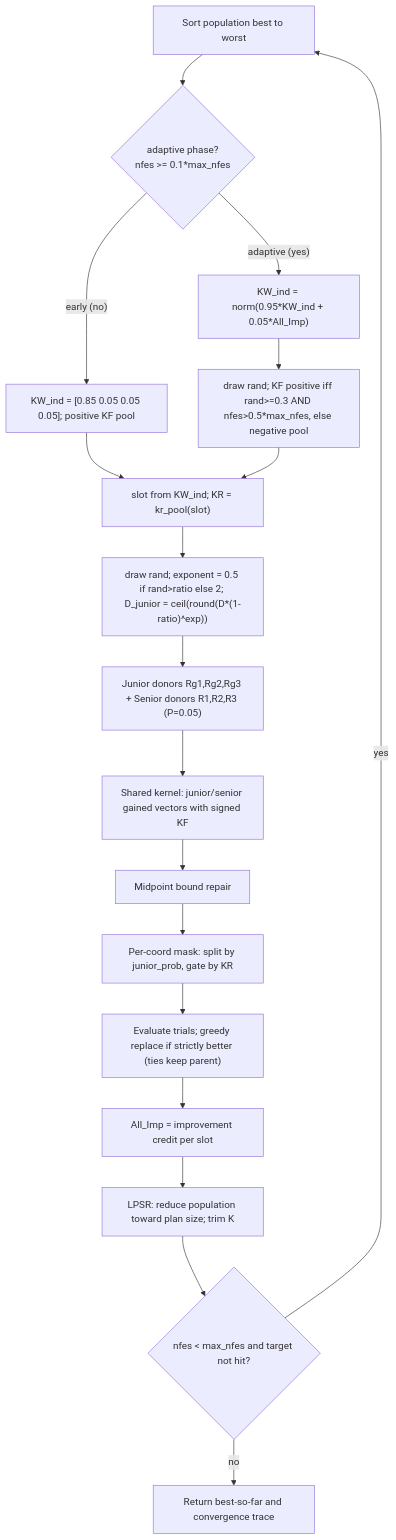
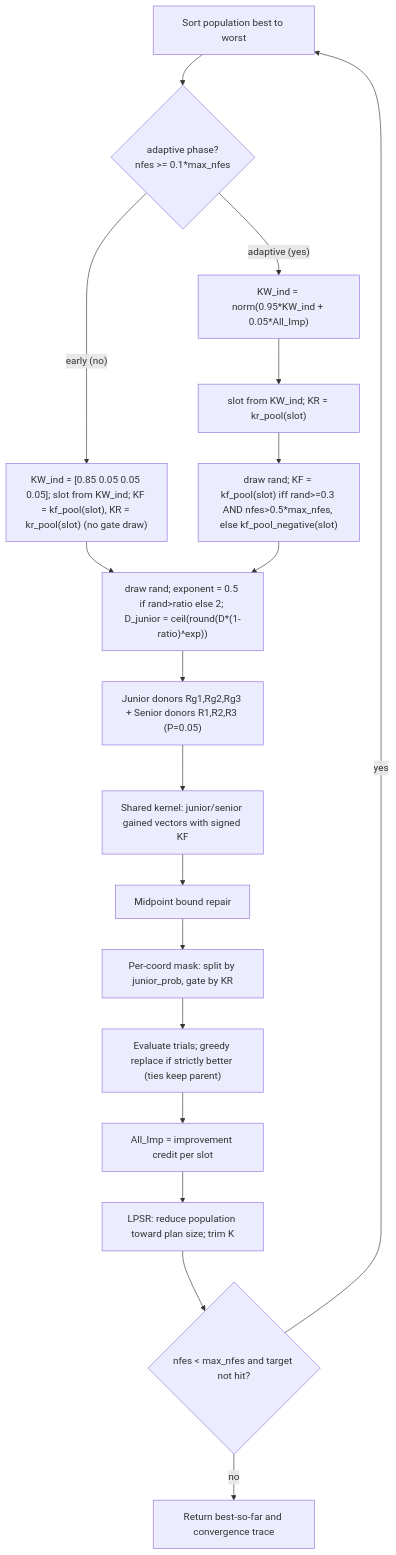
One commit to MostafaMassoud/GSK_Family_MATLAB changed the diagram in gsk_family/docs/algorithms/apgsk.md. Above: the diagram before and after it, drawn with Mermaid. The commit also changed other lines of this file and 149 other files, not shown here.

````diff
--- a/gsk_family/docs/algorithms/apgsk.md
+++ b/gsk_family/docs/algorithms/apgsk.md
@@ -242,20 +245,20 @@
 ```mermaid
 flowchart TD
   A["Sort population best to worst"] --> B{"adaptive phase?<br/>nfes >= 0.1*max_nfes"}
-  B -- "early (no)" --> C["KW_ind = [0.85 0.05 0.05 0.05]; positive KF pool"]
+  B -- "early (no)" --> C["KW_ind = [0.85 0.05 0.05 0.05]; slot from KW_ind; KF = kf_pool(slot), KR = kr_pool(slot) (no gate draw)"]
   B -- "adaptive (yes)" --> D["KW_ind = norm(0.95*KW_ind + 0.05*All_Imp)"]
-  D --> E["draw rand; KF positive iff rand>=0.3 AND nfes>0.5*max_nfes, else negative pool"]
-  C --> F["slot from KW_ind; KR = kr_pool(slot)"]
-  E --> F
-  F --> G["draw rand; exponent = 0.5 if rand>ratio else 2; D_junior = ceil(round(D*(1-ratio)^exp))"]
+  D --> F["slot from KW_ind; KR = kr_pool(slot)"]
+  F --> E["draw rand; KF = kf_pool(slot) iff rand>=0.3 AND nfes>0.5*max_nfes, else kf_pool_negative(slot)"]
+  C --> G
+  E --> G["draw rand; exponent = 0.5 if rand>ratio else 2; D_junior = ceil(round(D*(1-ratio)^exp))"]
   G --> H["Junior donors Rg1,Rg2,Rg3 + Senior donors R1,R2,R3 (P=0.05)"]
   H --> I["Shared kernel: junior/senior gained vectors with signed KF"]
   I --> J["Midpoint bound repair"]
   J --> K["Per-coord mask: split by junior_prob, gate by KR"]
   K --> L["Evaluate trials; greedy replace if strictly better (ties keep parent)"]
   L --> M["All_Imp = improvement credit per slot"]
   M --> N["LPSR: reduce population toward plan size; trim K"]
   N --> O{"nfes < max_nfes and target not hit?"}
   O -- yes --> A
   O -- no --> P["Return best-so-far and convergence trace"]
 ```
````
